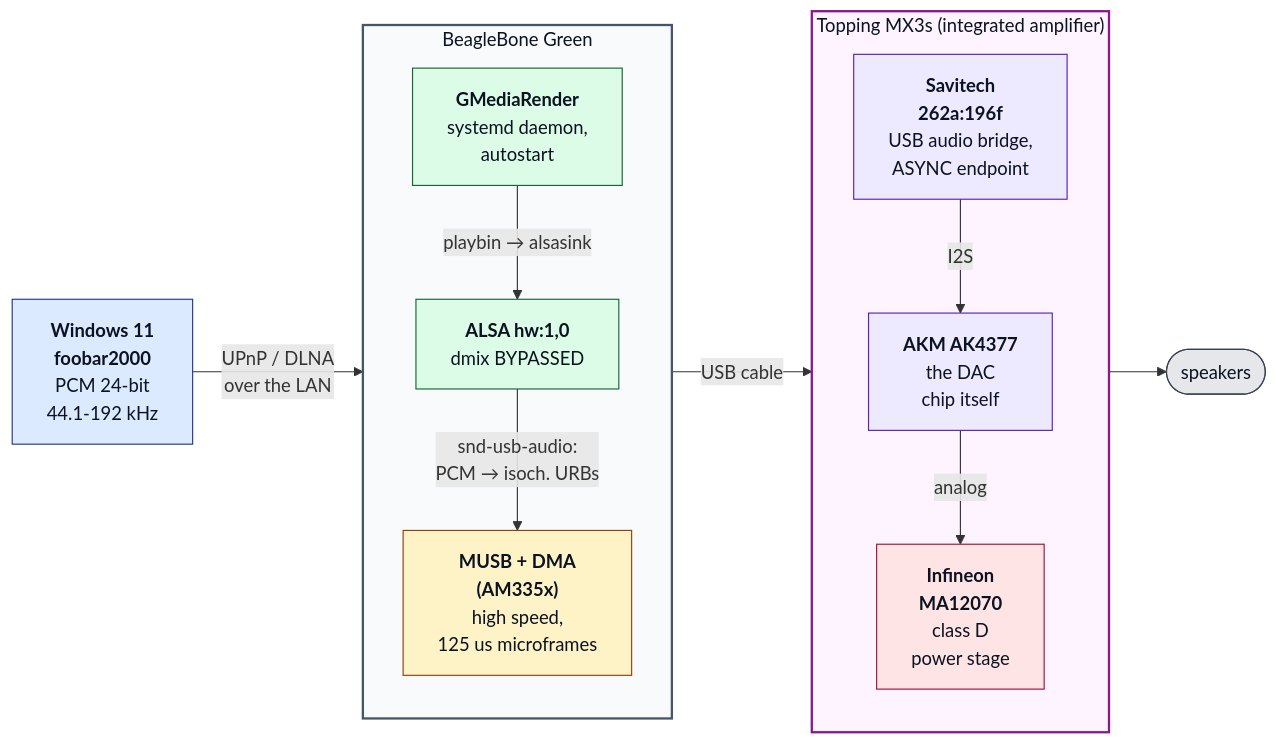
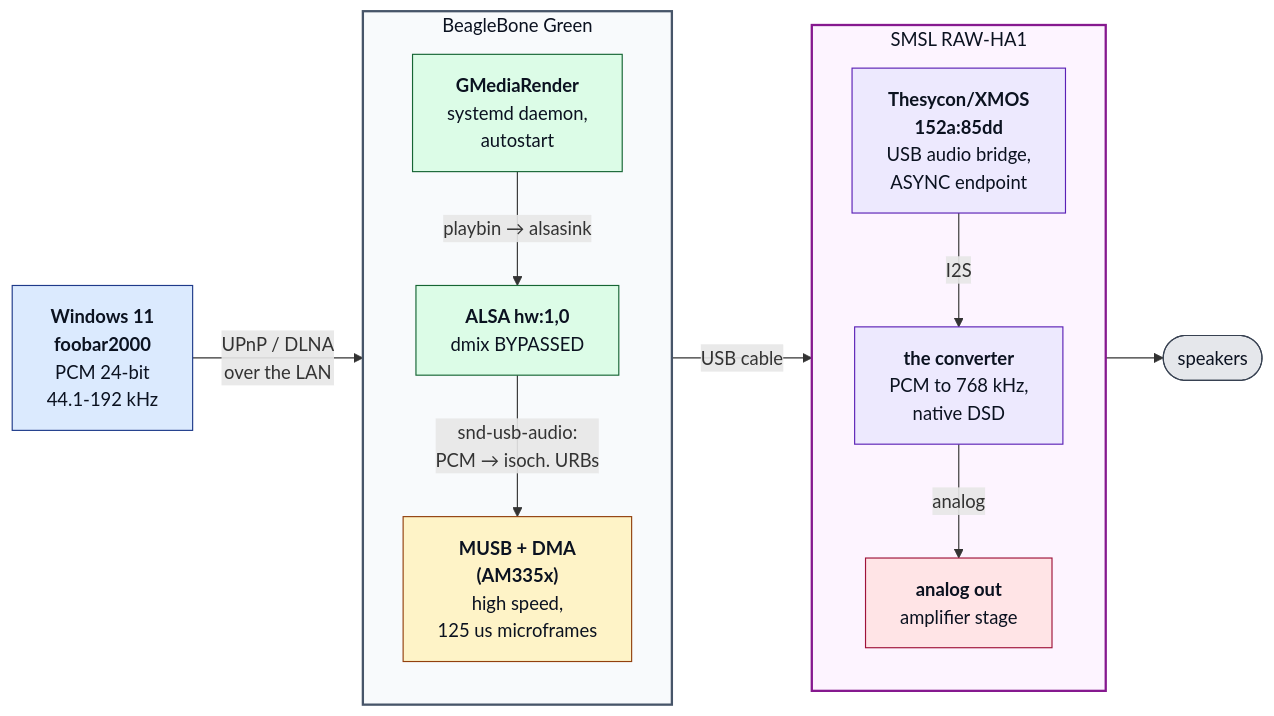
One commit to panedrone/beaglebone-gmediarender-valera changed the diagram in README.md. Above: the diagram before and after it, drawn with Mermaid. The commit also changed other lines of this file and 2 other files, not shown here.

First line of the commit message:
Document one endpoint, and put the players next to the install

````diff
--- a/README.md
+++ b/README.md
@@ -30,43 +30,43 @@
 ```mermaid
 flowchart LR
     SRC["<b>Windows 11</b><br/><b>foobar2000</b><br/>PCM 24-bit<br/>44.1-192 kHz"]
 
     subgraph BBG["BeagleBone Green"]
         direction TB
         GMR["<b>GMediaRender</b><br/>systemd daemon,<br/>autostart"]
         ALSA["<b>ALSA hw:1,0</b><br/>dmix BYPASSED"]
         MUSB["<b>MUSB + DMA</b><br/><b>(AM335x)</b><br/>high speed,<br/>125 us microframes"]
         GMR -- " playbin &rarr; alsasink " --> ALSA
         ALSA -- " snd-usb-audio:<br/>PCM &rarr; isoch. URBs " --> MUSB
     end
 
-    subgraph MX3S["Topping MX3s (integrated amplifier)"]
+    subgraph DAC["SMSL RAW-HA1"]
         direction TB
-        SAV["<b>Savitech</b><br/><b>262a:196f</b><br/>USB audio bridge,<br/>ASYNC endpoint"]
-        AKM["<b>AKM AK4377</b><br/>the DAC<br/>chip itself"]
-        MA["<b>Infineon</b><br/><b>MA12070</b><br/>class D<br/>power stage"]
+        SAV["<b>Thesycon/XMOS</b><br/><b>152a:85dd</b><br/>USB audio bridge,<br/>ASYNC endpoint"]
+        AKM["<b>the converter</b><br/>PCM to 768 kHz,<br/>native DSD"]
+        MA["<b>analog out</b><br/>amplifier stage"]
         SAV -- " I2S " --> AKM
         AKM -- " analog " --> MA
     end
 
     SPK(["speakers"])
     SRC -- " UPnP / DLNA<br/>over the LAN " --> BBG
-    BBG -- " USB cable " --> MX3S
-    MX3S --> SPK
+    BBG -- " USB cable " --> DAC
+    DAC --> SPK
     classDef host fill: #dbeafe, stroke: #1e3a8a, stroke-width: 1px, color: #0b1220
     classDef soft fill: #dcfce7, stroke: #166534, stroke-width: 1px, color: #0b1220
     classDef kern fill: #fef3c7, stroke: #92400e, stroke-width: 1px, color: #0b1220
     classDef digi fill: #ede9fe, stroke: #5b21b6, stroke-width: 1px, color: #0b1220
     classDef anlg fill: #ffe4e6, stroke: #9f1239, stroke-width: 1px, color: #0b1220
     classDef out fill: #e5e7eb, stroke: #374151, stroke-width: 1px, color: #0b1220
     class SRC host
     class GMR soft
     class ALSA soft
     class MUSB kern
     class SAV digi
     class AKM digi
     class MA anlg
     class SPK out
     style BBG fill: #f8fafc, stroke: #475569, stroke-width: 2px, color: #0b1220
-    style MX3S fill: #fdf4ff, stroke: #86198f, stroke-width: 2px, color: #0b1220
+    style DAC fill: #fdf4ff, stroke: #86198f, stroke-width: 2px, color: #0b1220
 ```
````
